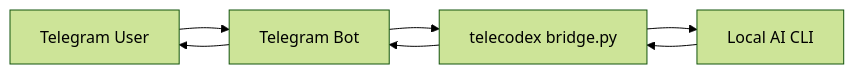
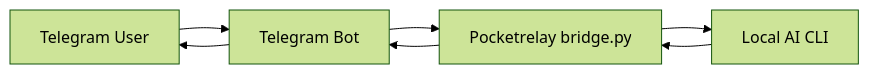
Before and after one commit to Hiroki-Nagao/pocketrelay: the diagram in README.md, drawn with Mermaid (forest theme). The commit also changed other lines of this file and 3 other files, not shown here.

````diff
--- a/README.md
+++ b/README.md
@@ -29,9 +52,9 @@
 ```mermaid
 flowchart LR
     U[Telegram User] --> B[Telegram Bot]
-    B --> T[telecodex bridge.py]
-    T --> C[Local AI CLI]
-    C --> T
-    T --> B
+    B --> P[Pocketrelay bridge.py]
+    P --> C[Local AI CLI]
+    C --> P
+    P --> B
     B --> U
 ```
````
